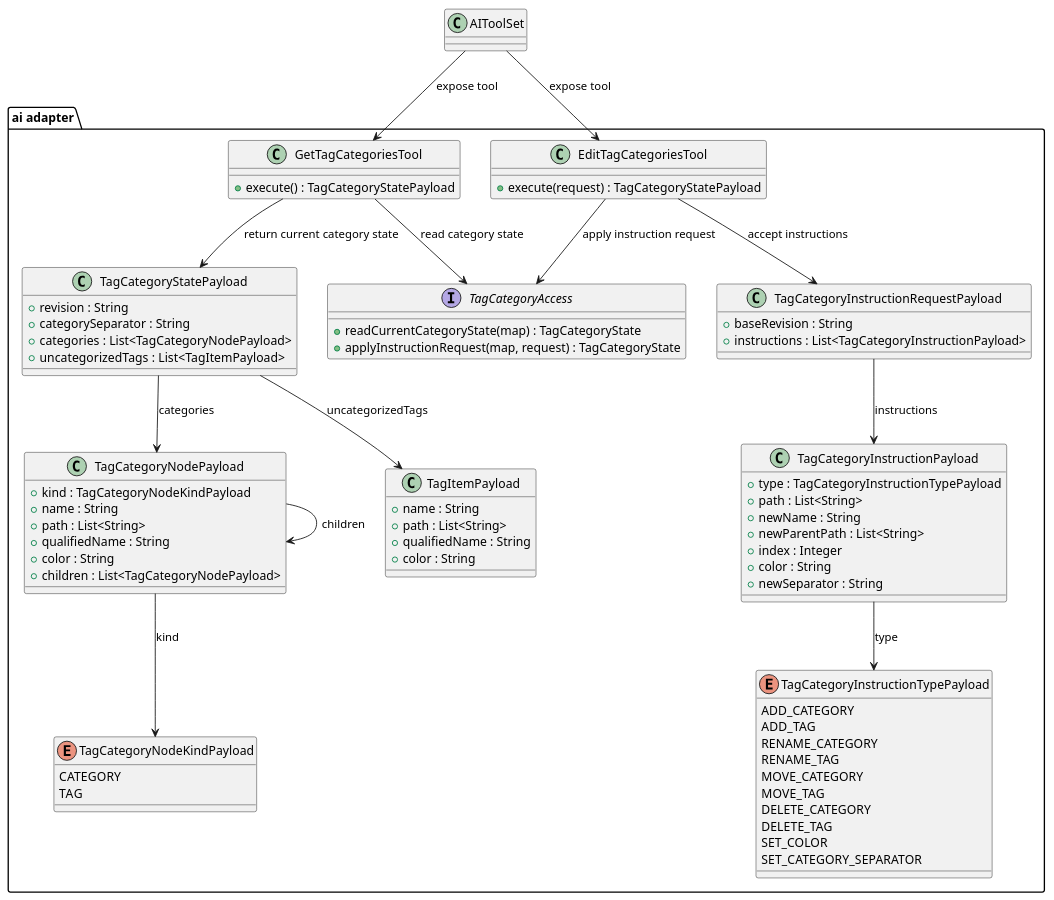
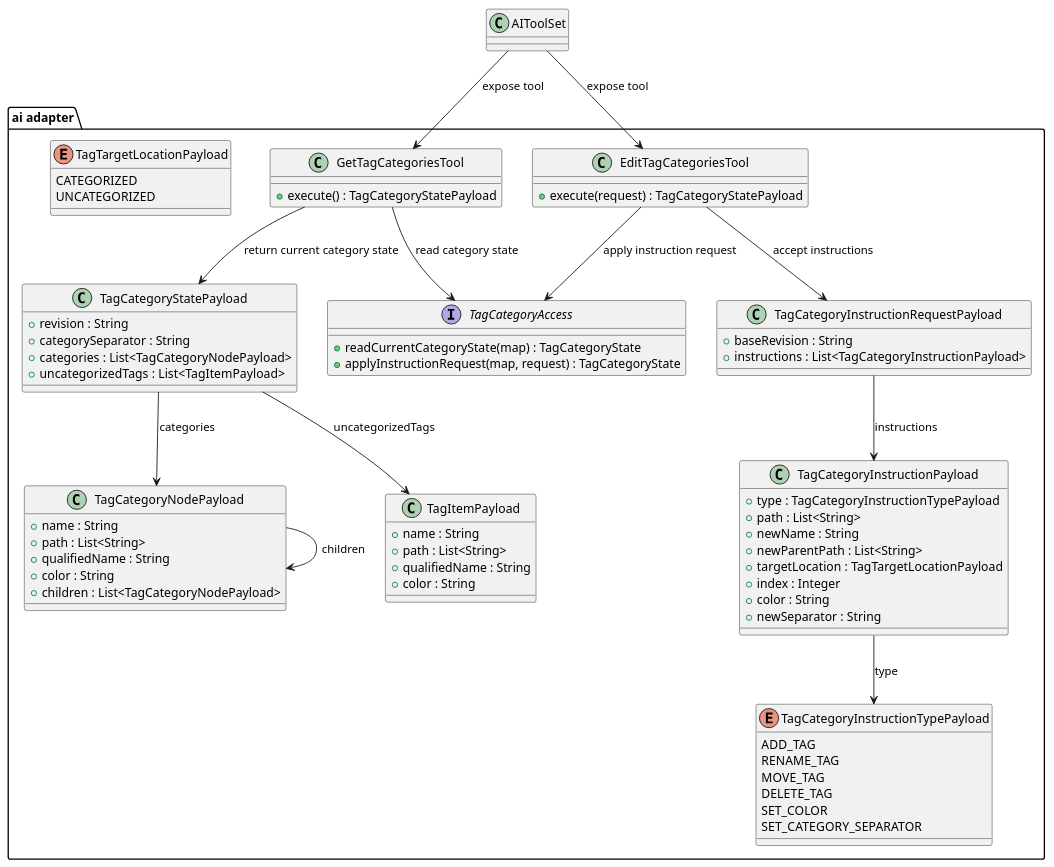
The sixth of 7 diagrams in ai-specs/tasks/in-progress/expose-node-tags-to-ai-tools.md (guoranjun2/nexordia), drawn with PlantUML before and after one commit. The commit also changed other lines of this file and 29 other files, not shown here.

Commit message:
Refine tag category editing and hide removed tag sentinels

````diff
--- a/ai-specs/tasks/in-progress/expose-node-tags-to-ai-tools.md
+++ b/ai-specs/tasks/in-progress/expose-node-tags-to-ai-tools.md
@@ -1021,80 +1042,75 @@
 ```plantuml
 @startuml
 set separator none
 package "ai adapter" {
   class GetTagCategoriesTool {
     + execute() : TagCategoryStatePayload
   }
   class EditTagCategoriesTool {
     + execute(request) : TagCategoryStatePayload
   }
   class TagCategoryStatePayload {
     + revision : String
     + categorySeparator : String
     + categories : List<TagCategoryNodePayload>
     + uncategorizedTags : List<TagItemPayload>
   }
   class TagCategoryNodePayload {
-    + kind : TagCategoryNodeKindPayload
     + name : String
     + path : List<String>
     + qualifiedName : String
     + color : String
     + children : List<TagCategoryNodePayload>
   }
   class TagItemPayload {
     + name : String
     + path : List<String>
     + qualifiedName : String
     + color : String
   }
   class TagCategoryInstructionRequestPayload {
     + baseRevision : String
     + instructions : List<TagCategoryInstructionPayload>
   }
   class TagCategoryInstructionPayload {
     + type : TagCategoryInstructionTypePayload
     + path : List<String>
     + newName : String
     + newParentPath : List<String>
+    + targetLocation : TagTargetLocationPayload
     + index : Integer
     + color : String
     + newSeparator : String
   }
   interface TagCategoryAccess {
     + readCurrentCategoryState(map) : TagCategoryState
     + applyInstructionRequest(map, request) : TagCategoryState
   }
-  enum TagCategoryNodeKindPayload {
-    CATEGORY
-    TAG
-  }
   enum TagCategoryInstructionTypePayload {
-    ADD_CATEGORY
     ADD_TAG
-    RENAME_CATEGORY
     RENAME_TAG
-    MOVE_CATEGORY
     MOVE_TAG
-    DELETE_CATEGORY
     DELETE_TAG
     SET_COLOR
     SET_CATEGORY_SEPARATOR
+  }
+  enum TagTargetLocationPayload {
+    CATEGORIZED
+    UNCATEGORIZED
   }
 }
 class AIToolSet
 
 AIToolSet --> GetTagCategoriesTool : expose tool
 AIToolSet --> EditTagCategoriesTool : expose tool
 GetTagCategoriesTool --> TagCategoryStatePayload : return current category state
 EditTagCategoriesTool --> TagCategoryInstructionRequestPayload : accept instructions
 GetTagCategoriesTool --> TagCategoryAccess : read category state
 EditTagCategoriesTool --> TagCategoryAccess : apply instruction request
 TagCategoryStatePayload --> TagCategoryNodePayload : categories
 TagCategoryStatePayload --> TagItemPayload : uncategorizedTags
 TagCategoryNodePayload --> TagCategoryNodePayload : children
-TagCategoryNodePayload --> TagCategoryNodeKindPayload : kind
 TagCategoryInstructionRequestPayload --> TagCategoryInstructionPayload : instructions
 TagCategoryInstructionPayload --> TagCategoryInstructionTypePayload : type
 @enduml
 ```
````
